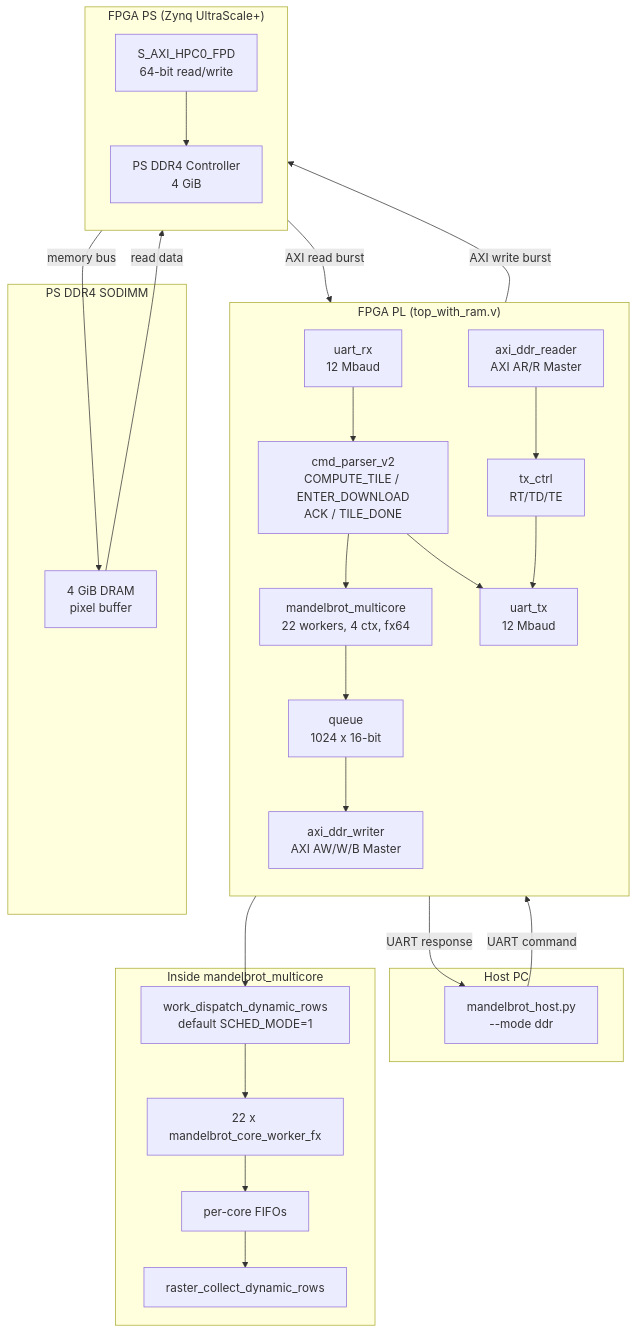
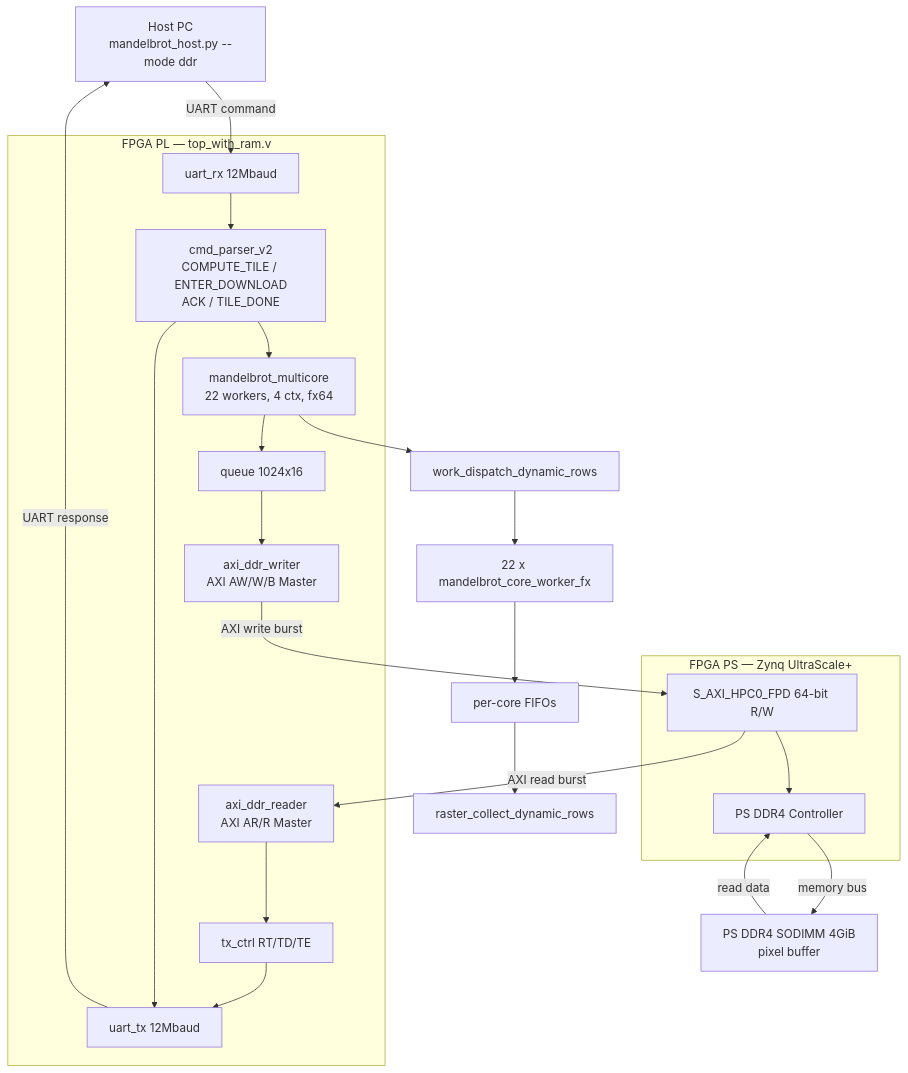
One commit to RESBI/FPGA-Mandelbrot-Demo changed the second of 4 diagrams in README.md. Above: the diagram before and after it, drawn with Mermaid.

Commit message:
Fix mermaid: flatten subgraph structure for GitHub compatibility
GitHub mermaid renderer does not render cross-subgraph edges when nodes
are inside nested subgraphs. Flatten by:
- Remove HOST and DRAM subgraphs, put CLI and MEM as top-level nodes
- Remove MC subgraph, put multicore internals as top-level edges
- Keep only PL and PS as subgraphs (internal edges only)
- All cross-boundary edges (UART, AXI, memory bus) connect top-level nodes
  or subgraph-internal nodes directly, matching the original working pattern

````diff
--- a/README.md
+++ b/README.md
@@ -171,53 +171,43 @@
 ```mermaid
 flowchart TB
-    subgraph HOST["Host PC"]
-        CLI["mandelbrot_host.py<br/>--mode ddr"]
-    end
+    CLI["Host PC<br/>mandelbrot_host.py --mode ddr"]
 
-    subgraph PL["FPGA PL (top_with_ram.v)"]
-        direction TB
-        URX["uart_rx<br/>12 Mbaud"]
+    subgraph PL["FPGA PL — top_with_ram.v"]
+        URX["uart_rx 12Mbaud"]
         CMD["cmd_parser_v2<br/>COMPUTE_TILE / ENTER_DOWNLOAD<br/>ACK / TILE_DONE"]
         CORE["mandelbrot_multicore<br/>22 workers, 4 ctx, fx64"]
-        FIFO["queue<br/>1024 x 16-bit"]
+        FIFO["queue 1024x16"]
         AXIW["axi_ddr_writer<br/>AXI AW/W/B Master"]
         AXIR["axi_ddr_reader<br/>AXI AR/R Master"]
-        TXC["tx_ctrl<br/>RT/TD/TE"]
-        UTX["uart_tx<br/>12 Mbaud"]
+        TXC["tx_ctrl RT/TD/TE"]
+        UTX["uart_tx 12Mbaud"]
 
         URX --> CMD
         CMD --> CORE
         CORE --> FIFO
         FIFO --> AXIW
         AXIR --> TXC
         TXC --> UTX
         CMD --> UTX
     end
 
-    subgraph MC["Inside mandelbrot_multicore"]
-        CORE --> DISP[work_dispatch_dynamic_rows<br/>default SCHED_MODE=1]
-        DISP --> WORKERS["22 x mandelbrot_core_worker_fx"]
-        WORKERS --> CFIFO[per-core FIFOs]
-        CFIFO --> MERGE[raster_collect_dynamic_rows]
+    CORE --> DISP["work_dispatch_dynamic_rows"]
+    DISP --> WORKERS["22 x mandelbrot_core_worker_fx"]
+    WORKERS --> CFIFO["per-core FIFOs"]
+    CFIFO --> MERGE["raster_collect_dynamic_rows"]
+
+    subgraph PS["FPGA PS — Zynq UltraScale+"]
+        HPC0["S_AXI_HPC0_FPD 64-bit R/W"]
+        DDRCTL["PS DDR4 Controller"]
+        HPC0 --> DDRCTL
     end
 
-    subgraph PS["FPGA PS (Zynq UltraScale+)"]
-        direction TB
-        HPC0["S_AXI_HPC0_FPD<br/>64-bit read/write"]
-        DDR["PS DDR4 Controller<br/>4 GiB"]
-        HPC0 --> DDR
-    end
-
-    subgraph DRAM["PS DDR4 SODIMM"]
-        MEM["4 GiB DRAM<br/>pixel buffer"]
-    end
+    MEM["PS DDR4 SODIMM 4GiB<br/>pixel buffer"]
 
     CLI -->|UART command| URX
     UTX -->|UART response| CLI
-
     AXIW -->|AXI write burst| HPC0
     HPC0 -->|AXI read burst| AXIR
-
-    DDR -->|memory bus| MEM
-    MEM -->|read data| DDR
+    DDRCTL -->|memory bus| MEM
+    MEM -->|read data| DDRCTL
 ```
````
